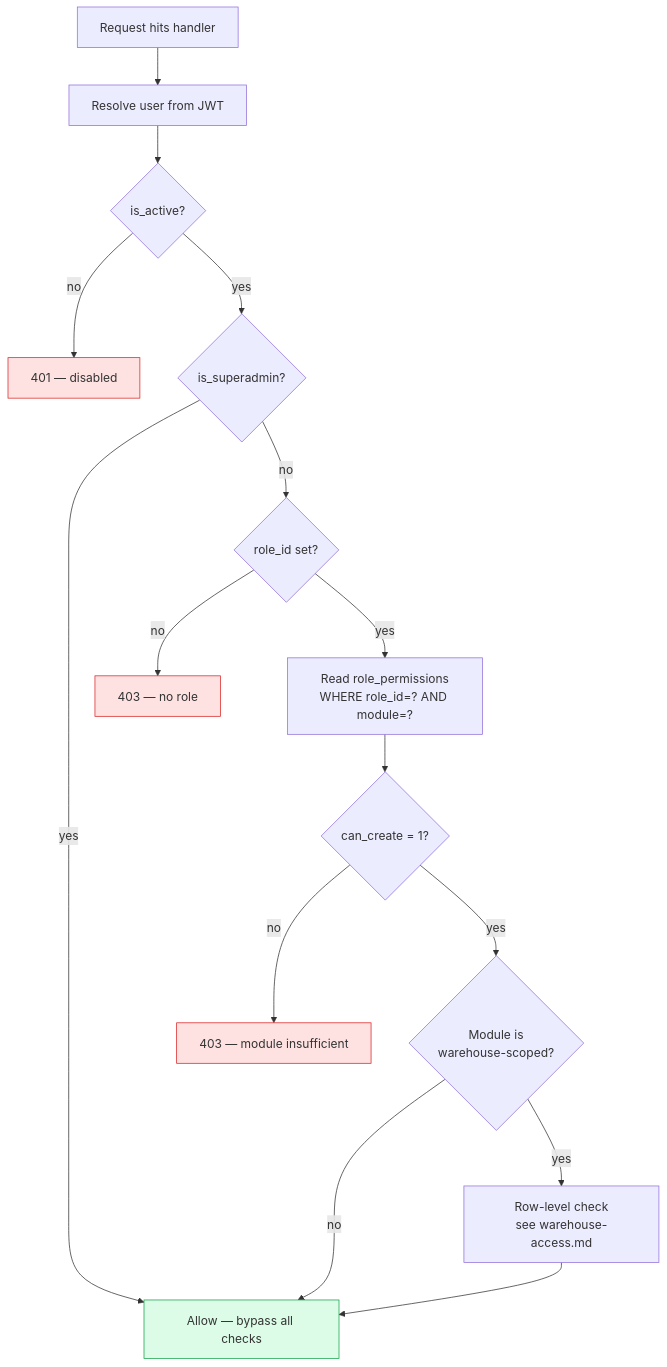
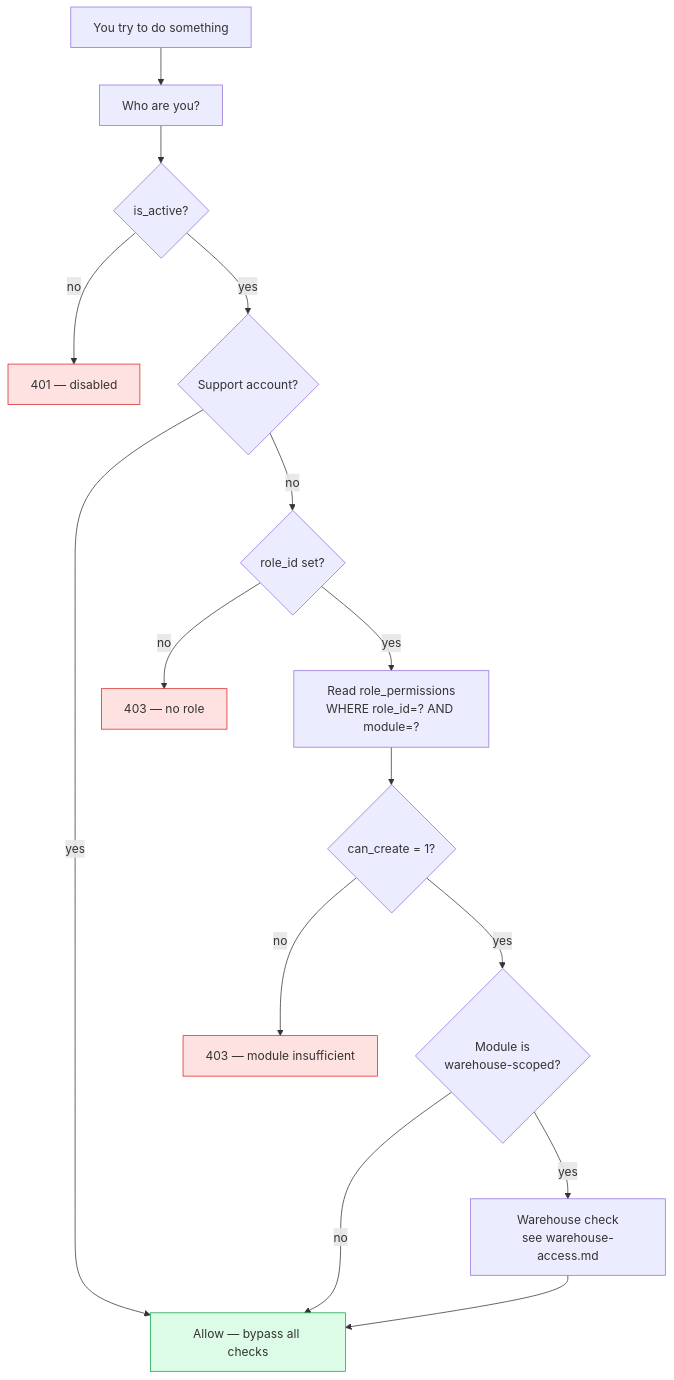
Before and after one commit to quilit-dev/quilit-erp: the second of 2 diagrams in docs/manual/docs/foundation/rbac.md, drawn with Mermaid. The commit also changed other lines of this file and 53 other files, not shown here.

````diff
--- a/docs/manual/docs/foundation/rbac.md
+++ b/docs/manual/docs/foundation/rbac.md
@@ -189,21 +169,21 @@
 ```mermaid
 flowchart TD
-    REQ[Request hits handler] --> AUTH[Resolve user from JWT]
+    REQ[You try to do something] --> AUTH[Who are you?]
     AUTH --> ACT{is_active?}
     ACT -->|no| F1[401 — disabled]
-    ACT -->|yes| SA{is_superadmin?}
+    ACT -->|yes| SA{Support account?}
     SA -->|yes| OK[Allow — bypass all checks]
     SA -->|no| RID{role_id set?}
     RID -->|no| F2[403 — no role]
     RID -->|yes| RP[Read role_permissions<br/>WHERE role_id=? AND module=?]
     RP --> CHK{can_create = 1?}
     CHK -->|no| F3[403 — module insufficient]
     CHK -->|yes| WH{Module is<br/>warehouse-scoped?}
     WH -->|no| OK
-    WH -->|yes| RLA[Row-level check<br/>see warehouse-access.md]
+    WH -->|yes| RLA[Warehouse check<br/>see warehouse-access.md]
     RLA --> OK
     style OK fill:#dcfce7,stroke:#16a34a
     style F1 fill:#fee2e2,stroke:#dc2626
     style F2 fill:#fee2e2,stroke:#dc2626
     style F3 fill:#fee2e2,stroke:#dc2626
 ```
````
